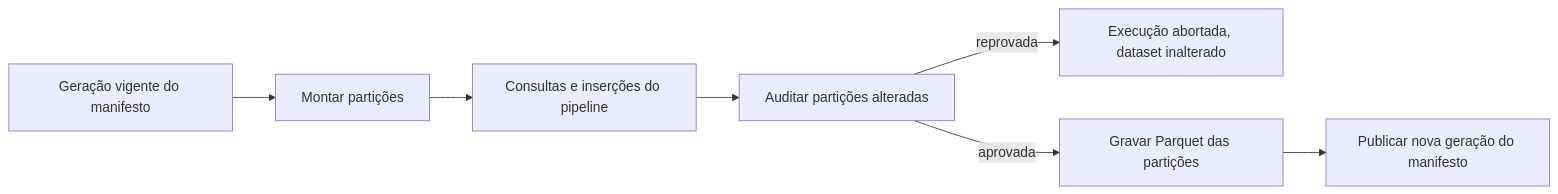
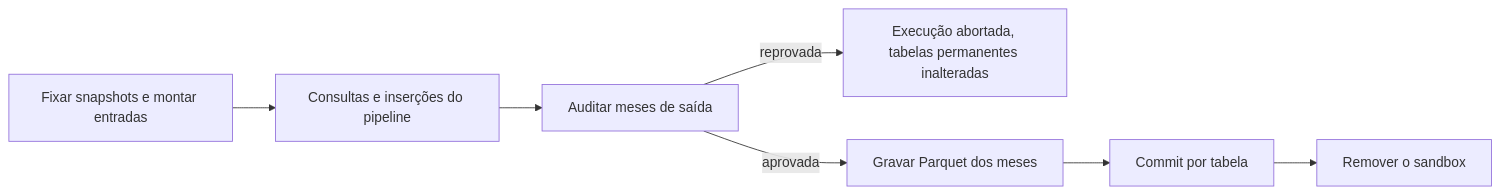
Before and after one commit to felipenoris/serialize-db: the diagram in docs/plano-de-implementacao.md, drawn with Mermaid. The commit also changed other lines of this file, not shown here.

First line of the commit message:
Revisa plano com Iceberg no Glue e sandbox por execução

````diff
--- a/docs/plano-de-implementacao.md
+++ b/docs/plano-de-implementacao.md
@@ -496,9 +344,9 @@
 ```mermaid
 flowchart LR
-    manifesto[Geração vigente do manifesto] --> montar[Montar partições]
-    montar --> pipeline[Consultas e inserções do pipeline]
-    pipeline --> auditar[Auditar partições alteradas]
-    auditar -->|reprovada| abortar["Execução abortada, dataset inalterado"]
-    auditar -->|aprovada| exportar[Gravar Parquet das partições]
-    exportar --> publicar[Publicar nova geração do manifesto]
+    montar[Fixar snapshots e montar entradas] --> pipeline[Consultas e inserções do pipeline]
+    pipeline --> auditar[Auditar meses de saída]
+    auditar -->|reprovada| abortar["Execução abortada, tabelas permanentes inalteradas"]
+    auditar -->|aprovada| exportar[Gravar Parquet dos meses]
+    exportar --> publicar[Commit por tabela]
+    publicar --> limpar[Remover o sandbox]
 ```
````
